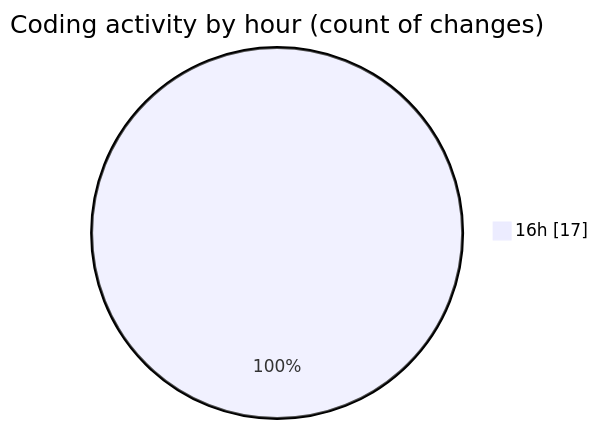
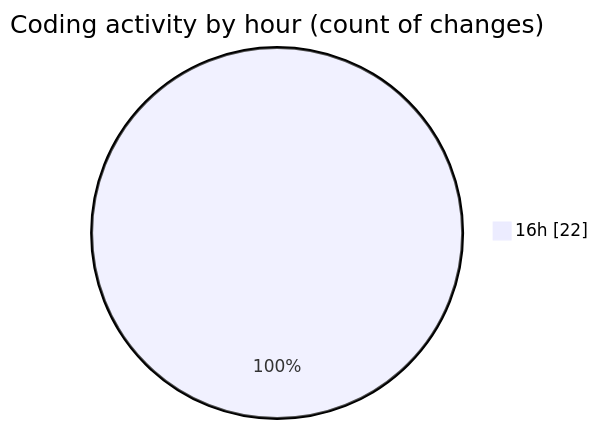
The second of 2 diagrams in 2025-03-11/mbc-web/README.md (robertbonfada/code-tracking), drawn with Mermaid before and after one commit. The commit also changed other lines of this file and 1 other file, not shown here.

````diff
--- a/2025-03-11/mbc-web/README.md
+++ b/2025-03-11/mbc-web/README.md
@@ -31,5 +31,5 @@
 ```mermaid
 pie showData
 title Coding activity by hour (count of changes)
-"16h" : 17
+"16h" : 22
 ```
````
